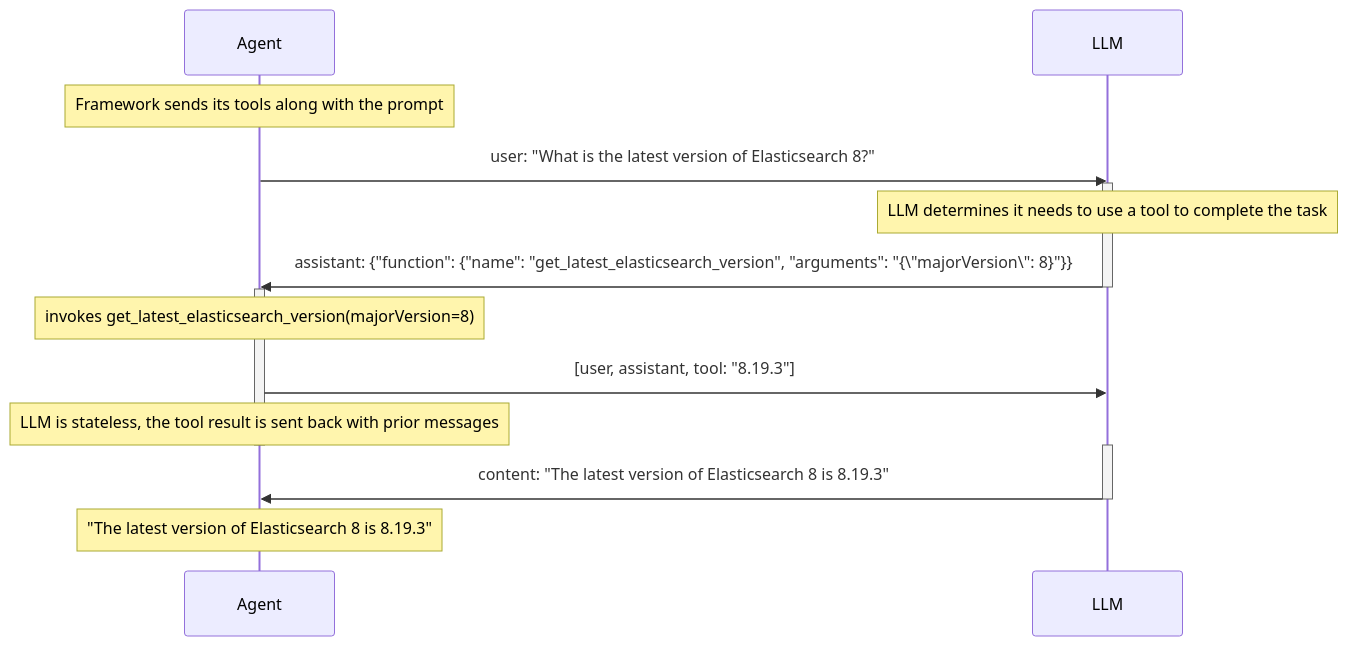
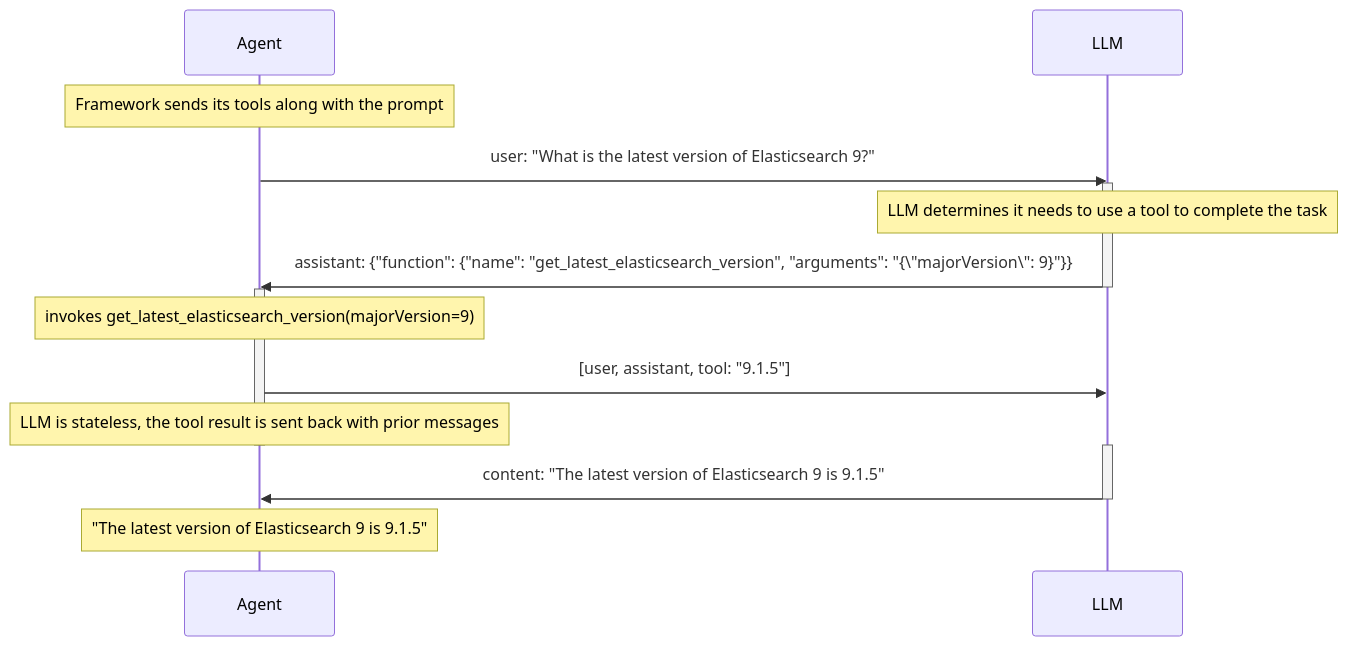
The first of 2 diagrams in genai-function-calling/README.md (elastic/observability-examples), drawn with Mermaid before and after one commit. The commit also changed other lines of this file and 13 other files, not shown here.

````diff
--- a/genai-function-calling/README.md
+++ b/genai-function-calling/README.md
@@ -33,24 +33,24 @@
 ```mermaid
 sequenceDiagram
     participant Agent
     participant LLM
 
     Note over Agent: Framework sends its tools along with the prompt
-    Agent ->> LLM: user: "What is the latest version of Elasticsearch 8?"
+    Agent ->> LLM: user: "What is the latest version of Elasticsearch 9?"
     activate LLM
     Note over LLM: LLM determines it needs to use a tool to complete the task
 
-    LLM ->> Agent: assistant: {"function": {"name": "get_latest_elasticsearch_version", "arguments": "{\"majorVersion\": 8}"}}
+    LLM ->> Agent: assistant: {"function": {"name": "get_latest_elasticsearch_version", "arguments": "{\"majorVersion\": 9}"}}
     deactivate LLM
     activate Agent
-    Note over Agent: invokes get_latest_elasticsearch_version(majorVersion=8)
+    Note over Agent: invokes get_latest_elasticsearch_version(majorVersion=9)
 
-    Agent ->> LLM: [user, assistant, tool: "8.19.3"]
+    Agent ->> LLM: [user, assistant, tool: "9.1.5"]
     Note over Agent: LLM is stateless, the tool result is sent back with prior messages
     deactivate Agent
     activate LLM
 
-    LLM ->> Agent: content: "The latest version of Elasticsearch 8 is 8.19.3"
+    LLM ->> Agent: content: "The latest version of Elasticsearch 9 is 9.1.5"
     deactivate LLM
-    Note over Agent: "The latest version of Elasticsearch 8 is 8.19.3"
+    Note over Agent: "The latest version of Elasticsearch 9 is 9.1.5"
 ```
````
